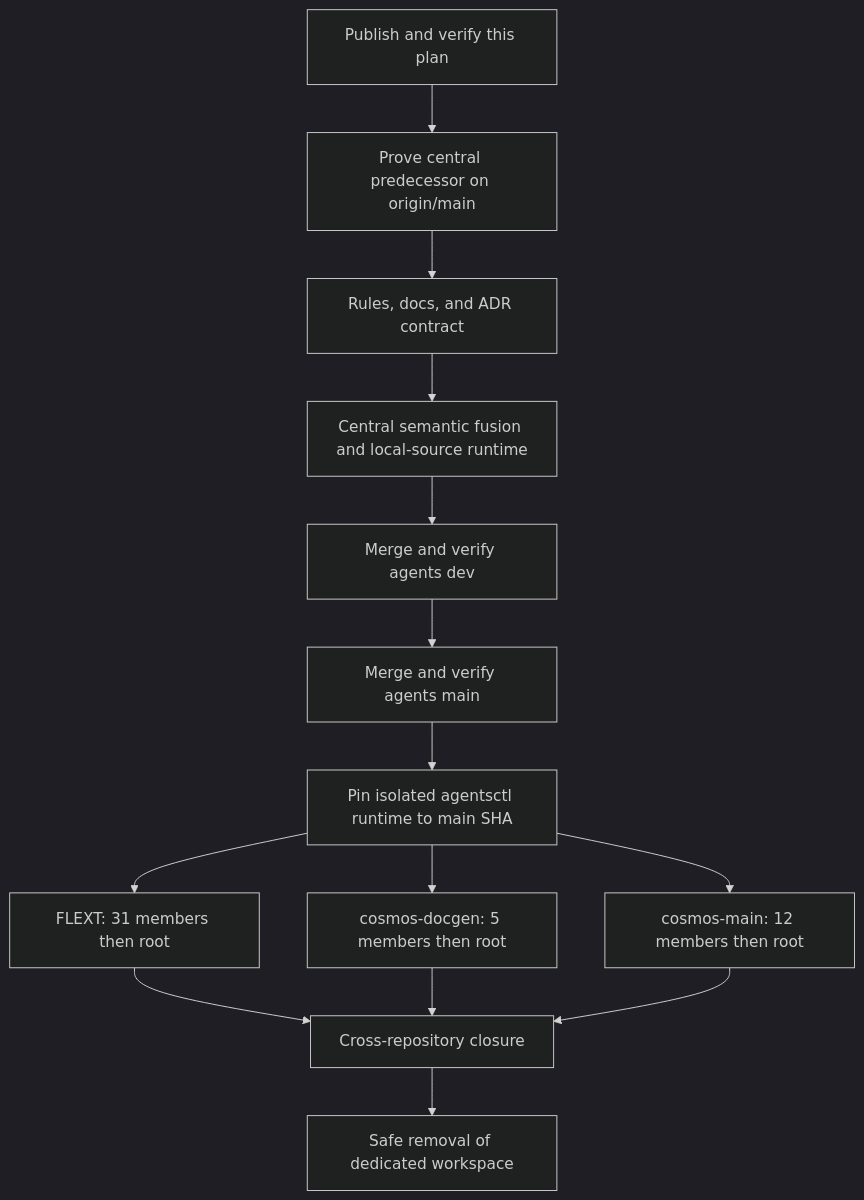
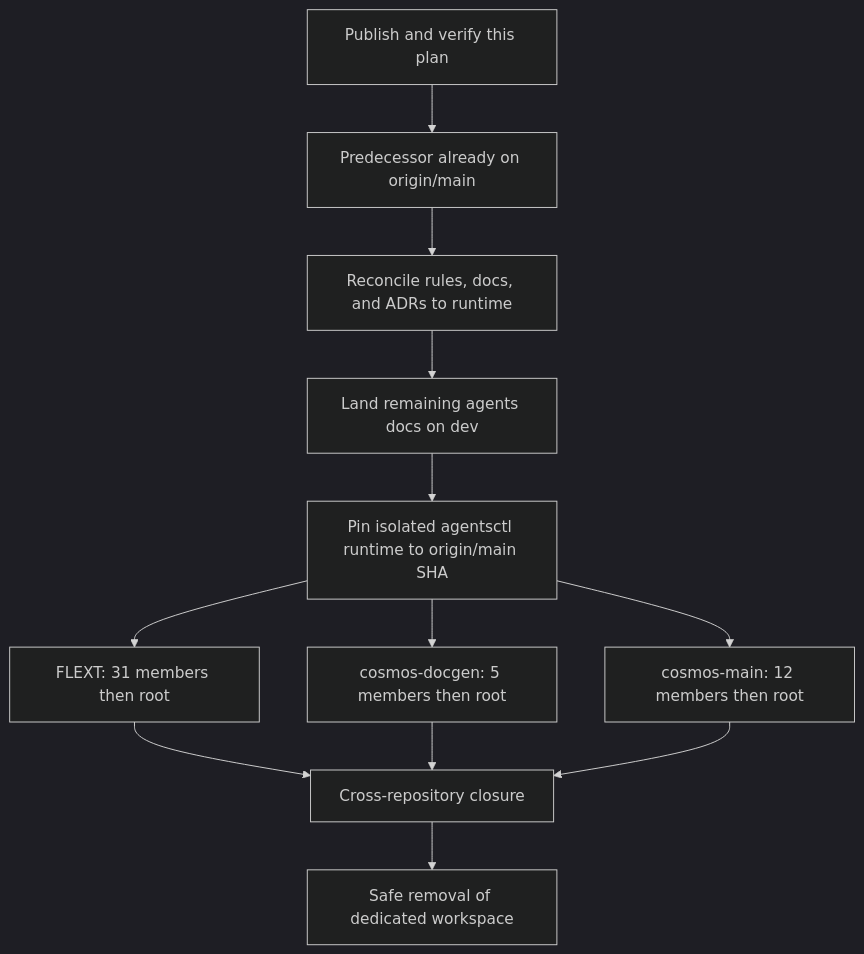
The diagram in docs/execution/master-v7/11-governed-project-skill-distribution-plan.md (datacosmos-br/agents), drawn with Mermaid (dark theme) before and after one commit. The commit also changed other lines of this file and 3 other files, not shown here.

First line of the commit message:
docs(plan-11): reconcile distribution plan and ADRs to landed runtime

````diff
--- a/docs/execution/master-v7/11-governed-project-skill-distribution-plan.md
+++ b/docs/execution/master-v7/11-governed-project-skill-distribution-plan.md
@@ -405,16 +408,14 @@
 ```mermaid
 flowchart TD
-    P[Publish and verify this plan] --> B[Prove central predecessor on origin/main]
-    B --> D[Rules, docs, and ADR contract]
-    D --> C[Central semantic fusion and local-source runtime]
-    C --> DEV[Merge and verify agents dev]
-    DEV --> MAIN[Merge and verify agents main]
-    MAIN --> PIN[Pin isolated agentsctl runtime to main SHA]
+    P[Publish and verify this plan] --> B[Predecessor already on origin/main]
+    B --> D[Reconcile rules, docs, and ADRs to runtime]
+    D --> DEV[Land remaining agents docs on dev]
+    DEV --> PIN[Pin isolated agentsctl runtime to origin/main SHA]
     PIN --> F[FLEXT: 31 members then root]
     PIN --> G[cosmos-docgen: 5 members then root]
     PIN --> M[cosmos-main: 12 members then root]
     F --> Z[Cross-repository closure]
     G --> Z
     M --> Z
     Z --> R[Safe removal of dedicated workspace]
 ```
````
